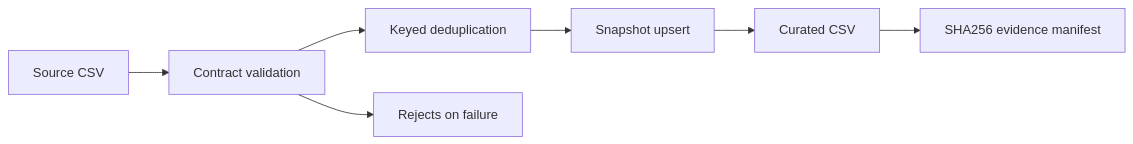
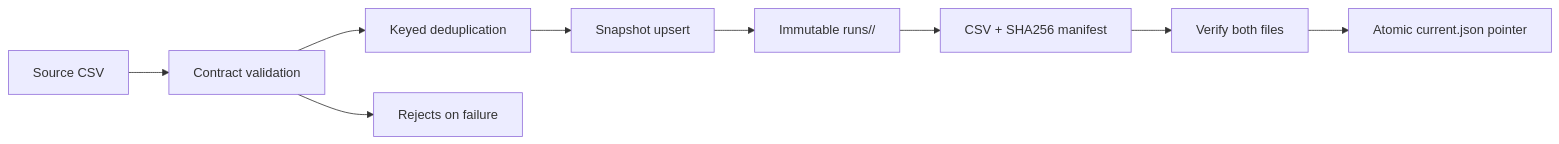
Before and after one commit to Jose85100/Portafolio: the diagram in 05-ai-and-automation/data-engineering/risk-data-platform/docs/ARCHITECTURE.md, drawn with Mermaid. The commit also changed other lines of this file and 17 other files, not shown here.

````diff
--- a/05-ai-and-automation/data-engineering/risk-data-platform/docs/ARCHITECTURE.md
+++ b/05-ai-and-automation/data-engineering/risk-data-platform/docs/ARCHITECTURE.md
@@ -7,9 +7,11 @@
 ```mermaid
 flowchart LR
  A["Source CSV"] --> B["Contract validation"]
  B --> C["Keyed deduplication"]
  C --> D["Snapshot upsert"]
- D --> E["Curated CSV"]
- E --> F["SHA256 evidence manifest"]
+ D --> E["Immutable runs/<run_id>/"]
+ E --> F["CSV + SHA256 manifest"]
+ F --> H["Verify both files"]
+ H --> I["Atomic current.json pointer"]
  B --> G["Rejects on failure"]
 ```
````
